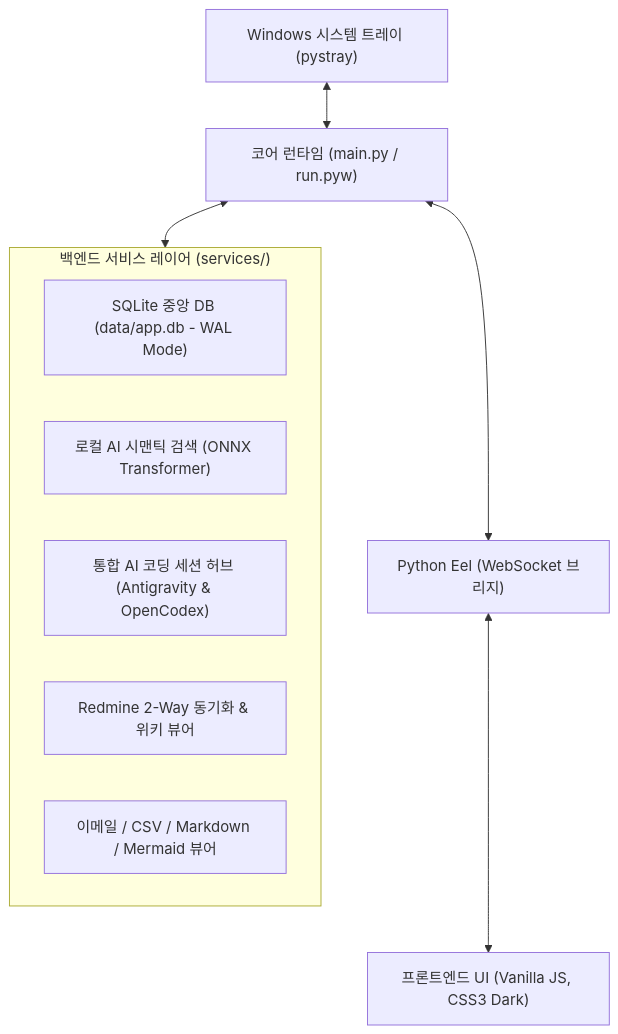
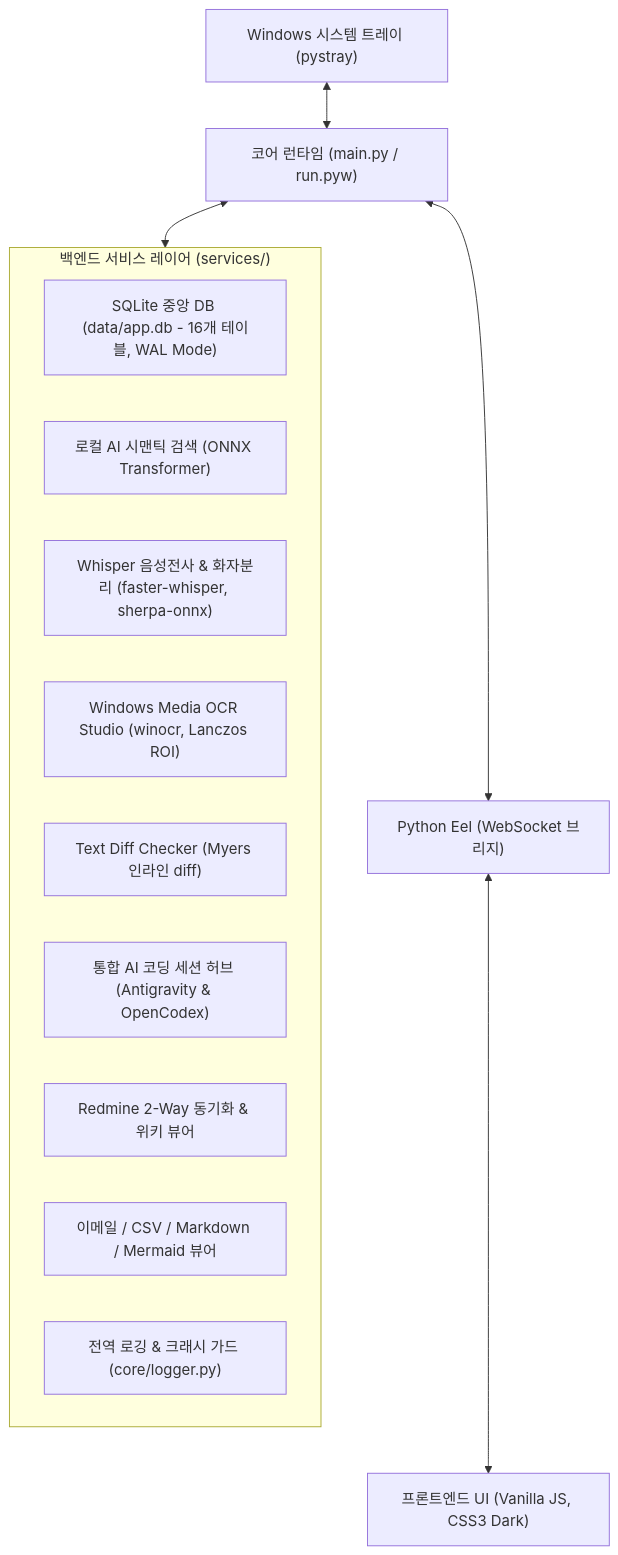
Before and after one commit to JudeRester/Util-Tools: the first of 2 diagrams in docs/HANDOVER_GUIDE.md, drawn with Mermaid. The commit also changed other lines of this file and 3 other files, not shown here.

Commit message:
docs: 신규 기능(음성전사·Diff·OCR·시스템로깅·위젯제어) 및 규정 반영 문서 전면 최신화

````diff
--- a/docs/HANDOVER_GUIDE.md
+++ b/docs/HANDOVER_GUIDE.md
@@ -24,16 +24,20 @@
 ```mermaid
 flowchart TD
     Tray["Windows 시스템 트레이 (pystray)"] <--> Core["코어 런타임 (main.py / run.pyw)"]
     Core <--> Eel["Python Eel (WebSocket 브리지)"]
     Eel <--> WebUI["프론트엔드 UI (Vanilla JS, CSS3 Dark)"]
     
     subgraph BackendServices ["백엔드 서비스 레이어 (services/)"]
-        DB["SQLite 중앙 DB (data/app.db - WAL Mode)"]
+        DB["SQLite 중앙 DB (data/app.db - 16개 테이블, WAL Mode)"]
         AI["로컬 AI 시맨틱 검색 (ONNX Transformer)"]
+        Whisper["Whisper 음성전사 & 화자분리 (faster-whisper, sherpa-onnx)"]
+        OCR["Windows Media OCR Studio (winocr, Lanczos ROI)"]
+        Diff["Text Diff Checker (Myers 인라인 diff)"]
         SessionHub["통합 AI 코딩 세션 허브 (Antigravity & OpenCodex)"]
         Redmine["Redmine 2-Way 동기화 & 위키 뷰어"]
         Viewers["이메일 / CSV / Markdown / Mermaid 뷰어"]
+        Logging["전역 로깅 & 크래시 가드 (core/logger.py)"]
     end
     
     Core <--> BackendServices
 ```
````
